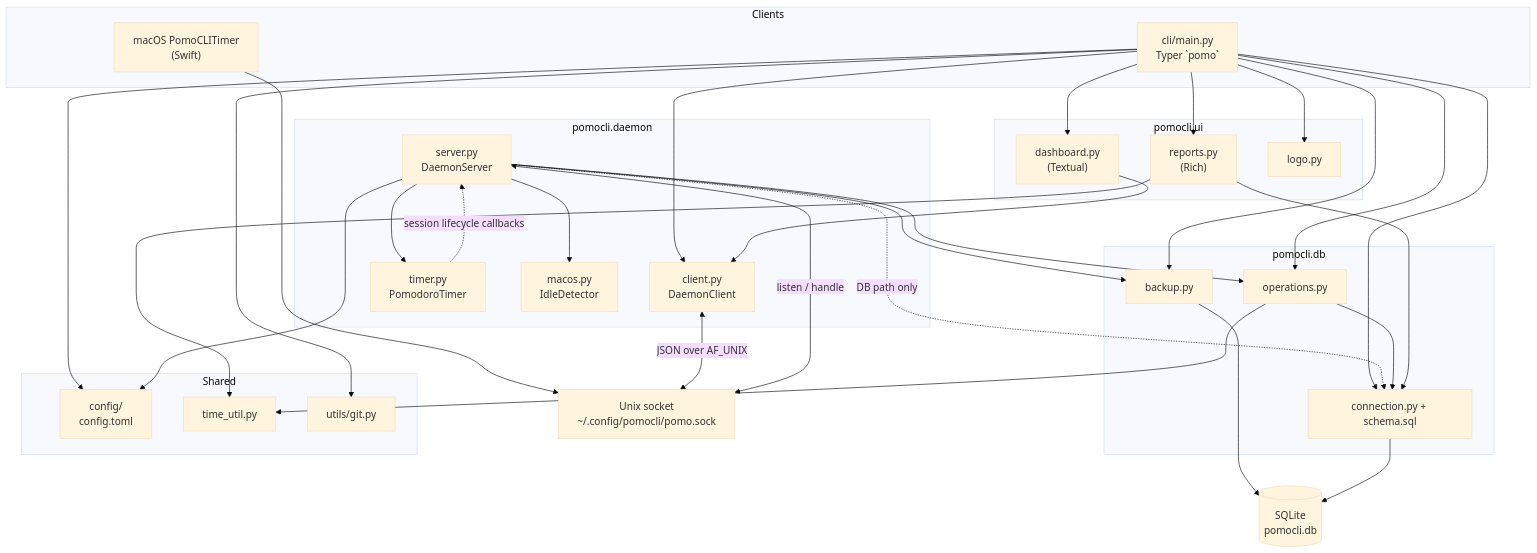
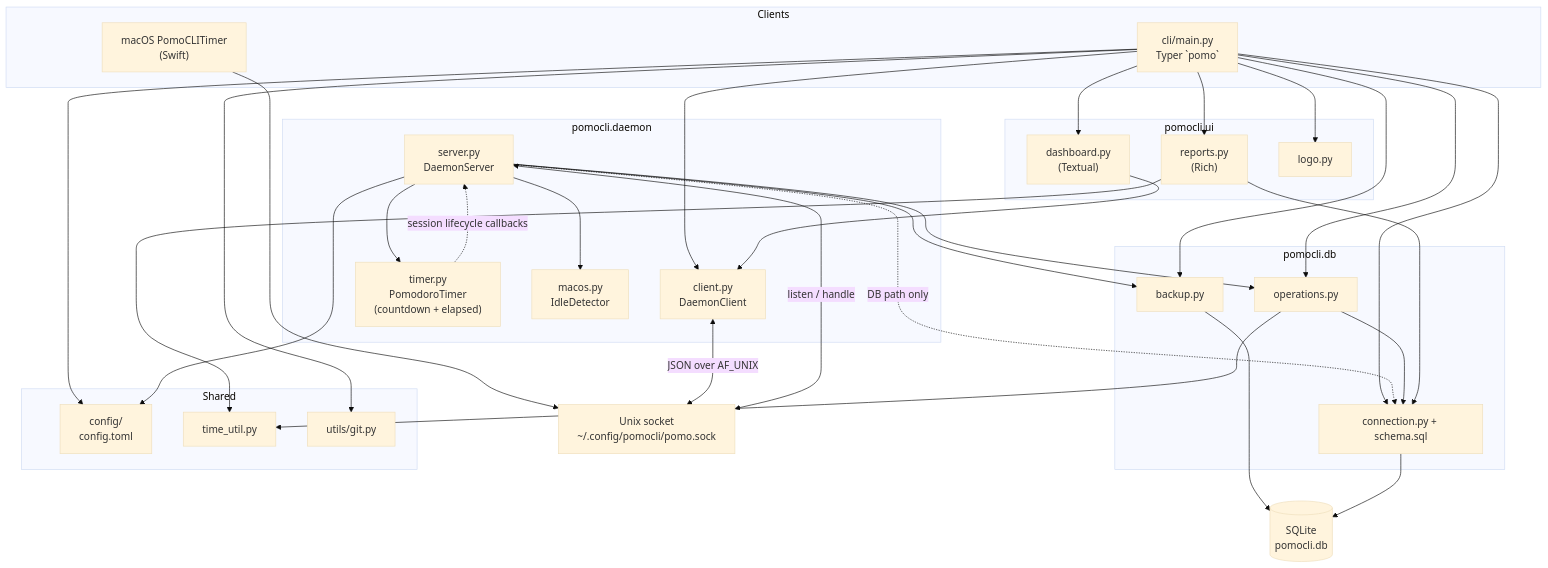
Before and after one commit to EmadGohariTR/PomoCLI-time-tracker: the diagram in README.md, drawn with Mermaid (base theme). The commit also changed other lines of this file and 16 other files, not shown here.

First line of the commit message:
Add elapsed (stopwatch) session mode alongside Pomodoro countdown.

````diff
--- a/README.md
+++ b/README.md
@@ -196,67 +213,67 @@
 ```mermaid
 flowchart TB
   subgraph clients["Clients"]
     CLI["cli/main.py<br/>Typer `pomo`"]
     SwiftApp["macOS PomoCLITimer<br/>(Swift)"]
   end
 
   subgraph daemon_pkg["pomocli.daemon"]
     PyClient["client.py<br/>DaemonClient"]
     Server["server.py<br/>DaemonServer"]
-    Timer["timer.py<br/>PomodoroTimer"]
+    Timer["timer.py<br/>PomodoroTimer<br/>(countdown + elapsed)"]
     Idle["macos.py<br/>IdleDetector"]
   end
 
   subgraph ui_pkg["pomocli.ui"]
     Dash["dashboard.py<br/>(Textual)"]
     Reports["reports.py<br/>(Rich)"]
     Logo["logo.py"]
   end
 
   subgraph data_pkg["pomocli.db"]
     Conn["connection.py + schema.sql"]
     Ops["operations.py"]
     Backup["backup.py"]
   end
 
   subgraph shared["Shared"]
     Config["config/<br/>config.toml"]
     TimeUtil["time_util.py"]
     Git["utils/git.py"]
   end
 
   Sock["Unix socket<br/>~/.config/pomocli/pomo.sock"]
   SQLite[("SQLite<br/>pomocli.db")]
 
   CLI --> PyClient
   CLI --> Ops
   CLI --> Conn
   CLI --> Backup
   CLI --> Config
   CLI --> Git
   CLI --> Reports
   CLI --> Dash
   CLI --> Logo
 
   Dash --> PyClient
 
   SwiftApp --> Sock
 
   PyClient <-->|JSON over AF_UNIX| Sock
   Server <-->|listen / handle| Sock
   Server --> Timer
   Server --> Ops
   Server --> Backup
   Server --> Config
   Server --> Idle
   Server -.->|DB path only| Conn
 
   Ops --> Conn
   Ops --> TimeUtil
   Reports --> Conn
   Reports --> TimeUtil
   Backup --> SQLite
   Conn --> SQLite
 
   Timer -.->|session lifecycle callbacks| Server
 ```
````
